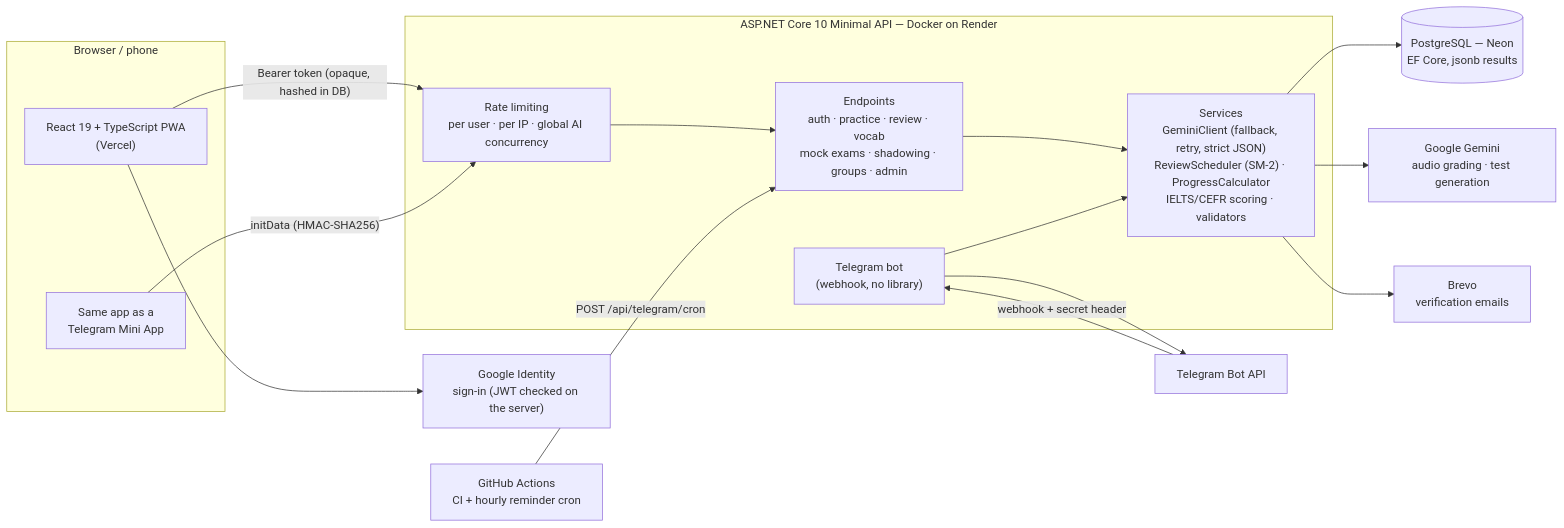
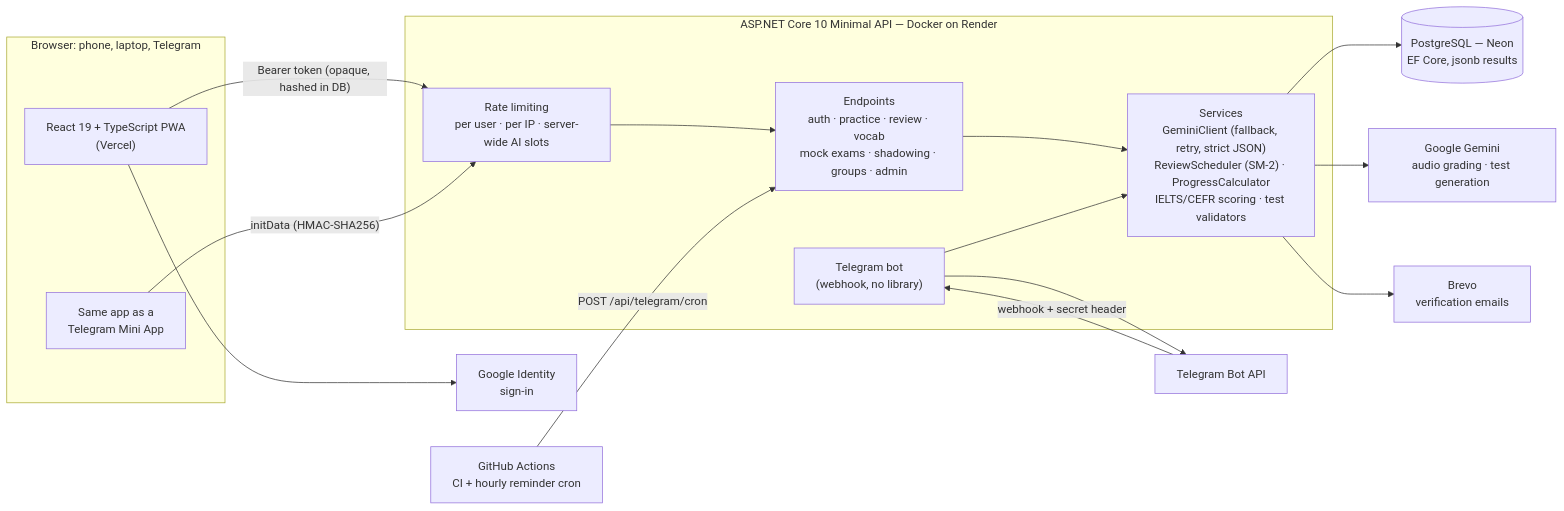
One commit to ElshodDev/speaking-coach changed the diagram in README.md. Above: the diagram before and after it, drawn with Mermaid. The commit also changed other lines of this file and 25 other files, not shown here.

````diff
--- a/README.md
+++ b/README.md
@@ -60,31 +62,31 @@
 ```mermaid
 flowchart LR
-    subgraph Client["Browser / phone"]
+    subgraph Client["Browser: phone, laptop, Telegram"]
         SPA["React 19 + TypeScript PWA<br/>(Vercel)"]
         MINI["Same app as a<br/>Telegram Mini App"]
     end
 
     subgraph API["ASP.NET Core 10 Minimal API — Docker on Render"]
+        RL["Rate limiting<br/>per user · per IP · server-wide AI slots"]
         EP["Endpoints<br/>auth · practice · review · vocab<br/>mock exams · shadowing · groups · admin"]
-        SVC["Services<br/>GeminiClient (fallback, retry, strict JSON)<br/>ReviewScheduler (SM-2) · ProgressCalculator<br/>IELTS/CEFR scoring · validators"]
+        SVC["Services<br/>GeminiClient (fallback, retry, strict JSON)<br/>ReviewScheduler (SM-2) · ProgressCalculator<br/>IELTS/CEFR scoring · test validators"]
         BOT["Telegram bot<br/>(webhook, no library)"]
-        RL["Rate limiting<br/>per user · per IP · global AI concurrency"]
     end
 
     DB[("PostgreSQL — Neon<br/>EF Core, jsonb results")]
     GEM["Google Gemini<br/>audio grading · test generation"]
     TG["Telegram Bot API"]
     BREVO["Brevo<br/>verification emails"]
-    GOOGLE["Google Identity<br/>sign-in (JWT checked on the server)"]
+    GOOGLE["Google Identity<br/>sign-in"]
     GH["GitHub Actions<br/>CI + hourly reminder cron"]
 
     SPA -- "Bearer token (opaque, hashed in DB)" --> RL --> EP
     MINI -- "initData (HMAC-SHA256)" --> RL
     EP --> SVC --> DB
     SVC --> GEM
     TG -- "webhook + secret header" --> BOT --> SVC
     BOT --> TG
     SVC --> BREVO
     SPA --> GOOGLE
     GH -- "POST /api/telegram/cron" --> EP
 ```
````
